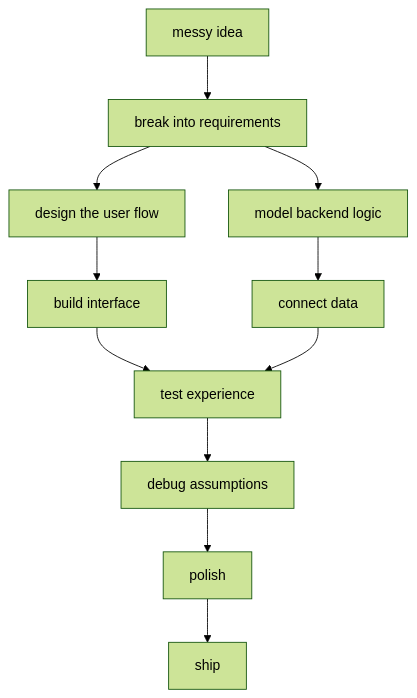
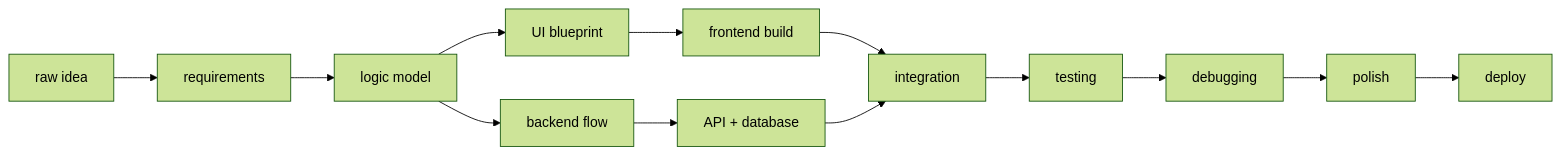
Before and after one commit to Vaidehi92562/vaidehi92562: the diagram in README.md, drawn with Mermaid (forest theme). The commit also changed other lines of this file, not shown here.

````diff
--- a/README.md
+++ b/README.md
@@ -253,13 +172,15 @@
 ```mermaid
-flowchart TD
-    A["messy idea"] --> B["break into requirements"]
-    B --> C["design the user flow"]
-    C --> D["build interface"]
-    B --> E["model backend logic"]
-    E --> F["connect data"]
-    D --> G["test experience"]
-    F --> G
-    G --> H["debug assumptions"]
-    H --> I["polish"]
-    I --> J["ship"]
+flowchart LR
+    A["raw idea"] --> B["requirements"]
+    B --> C["logic model"]
+    C --> D["UI blueprint"]
+    C --> E["backend flow"]
+    D --> F["frontend build"]
+    E --> G["API + database"]
+    F --> H["integration"]
+    G --> H
+    H --> I["testing"]
+    I --> J["debugging"]
+    J --> K["polish"]
+    K --> L["deploy"]
 ```
````
